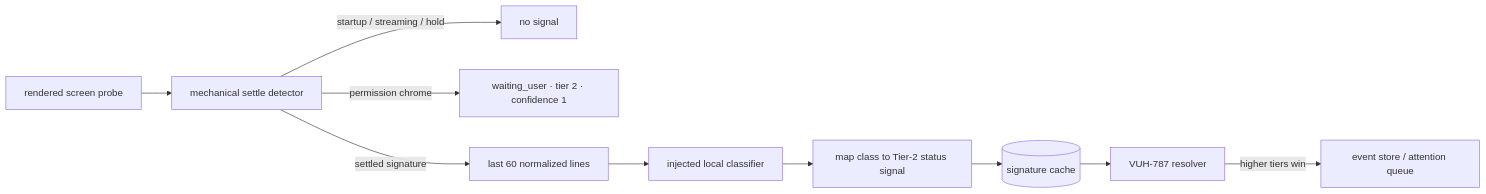
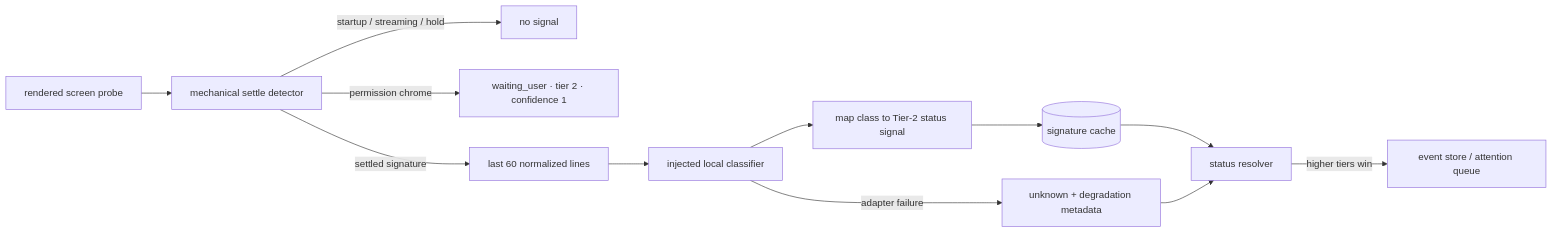
One commit to Volpestyle/clankie changed the diagram in packages/settle-classifier/README.md. Above: the diagram before and after it, drawn with Mermaid. The commit also changed other lines of this file and 7 other files, not shown here.

````diff
--- a/packages/settle-classifier/README.md
+++ b/packages/settle-classifier/README.md
@@ -5,12 +5,14 @@
 ```mermaid
 flowchart LR
   P[rendered screen probe] --> S[mechanical settle detector]
   S -->|startup / streaming / hold| N[no signal]
   S -->|permission chrome| W[waiting_user · tier 2 · confidence 1]
   S -->|settled signature| T[last 60 normalized lines]
   T --> L[injected local classifier]
   L --> M[map class to Tier-2 status signal]
+  L -->|adapter failure| D[unknown + degradation metadata]
   M --> C[(signature cache)]
-  C --> R[VUH-787 resolver]
+  C --> R[status resolver]
+  D --> R
   R -->|higher tiers win| E[event store / attention queue]
 ```
````
